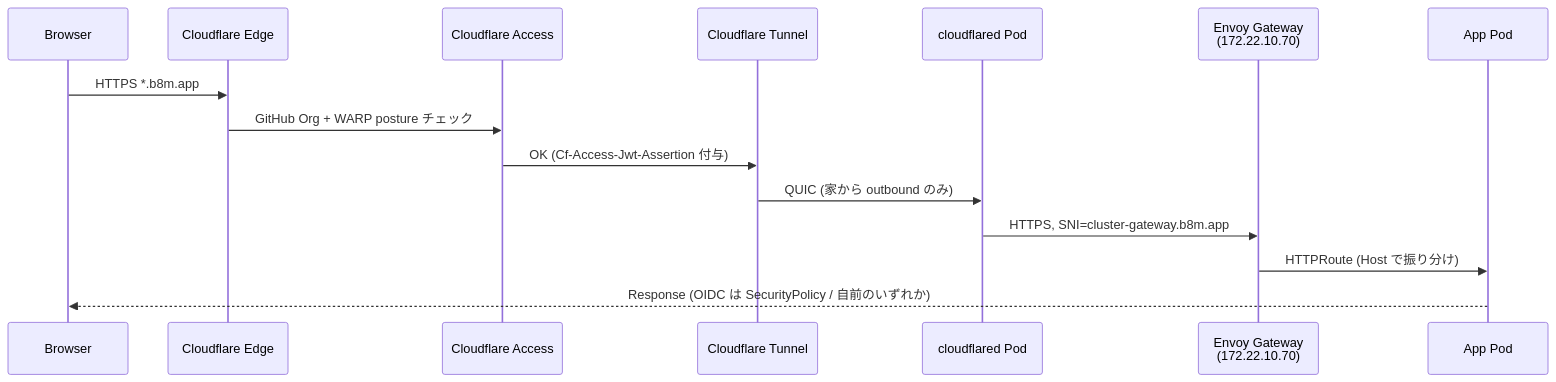
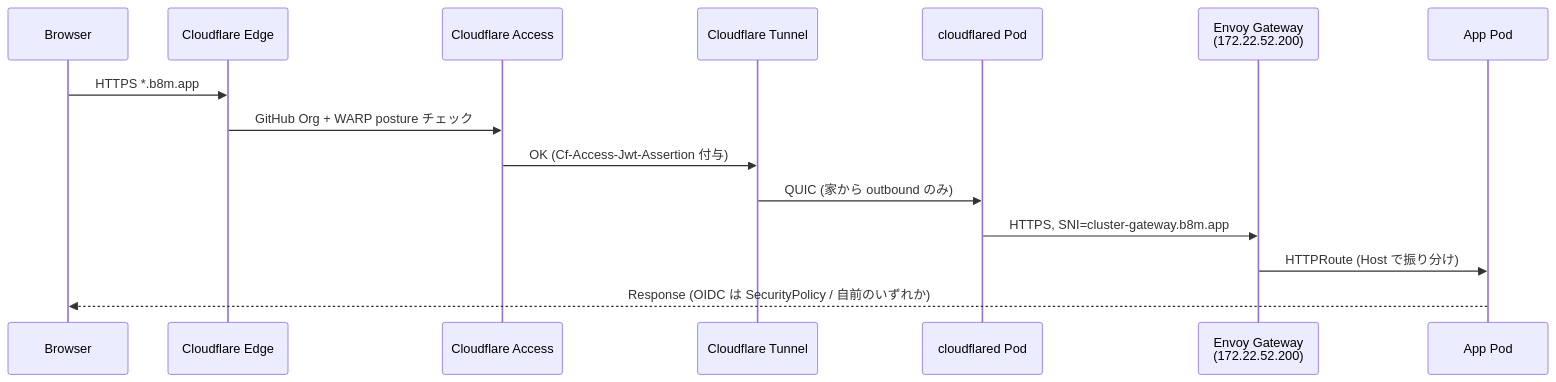
One commit to bright-room/br-cluster changed the diagram in docs/platform/networking.md. Above: the diagram before and after it, drawn with Mermaid. The commit also changed other lines of this file and 22 other files, not shown here.

````diff
--- a/docs/platform/networking.md
+++ b/docs/platform/networking.md
@@ -342,17 +260,17 @@
 ```mermaid
 sequenceDiagram
   participant U as Browser
   participant CFE as Cloudflare Edge
   participant CFA as Cloudflare Access
   participant CFT as Cloudflare Tunnel
   participant CFD as cloudflared Pod
-  participant EG as Envoy Gateway<br/>(172.22.10.70)
+  participant EG as Envoy Gateway<br/>(172.22.52.200)
   participant APP as App Pod
   U->>CFE: HTTPS *.b8m.app
   CFE->>CFA: GitHub Org + WARP posture チェック
   CFA->>CFT: OK (Cf-Access-Jwt-Assertion 付与)
   CFT->>CFD: QUIC (家から outbound のみ)
   CFD->>EG: HTTPS, SNI=cluster-gateway.b8m.app
   EG->>APP: HTTPRoute (Host で振り分け)
   APP-->>U: Response (OIDC は SecurityPolicy / 自前のいずれか)
 ```
````
